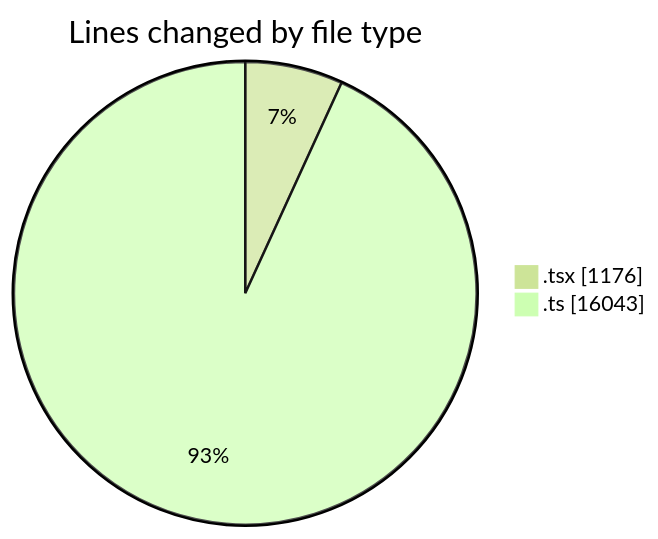
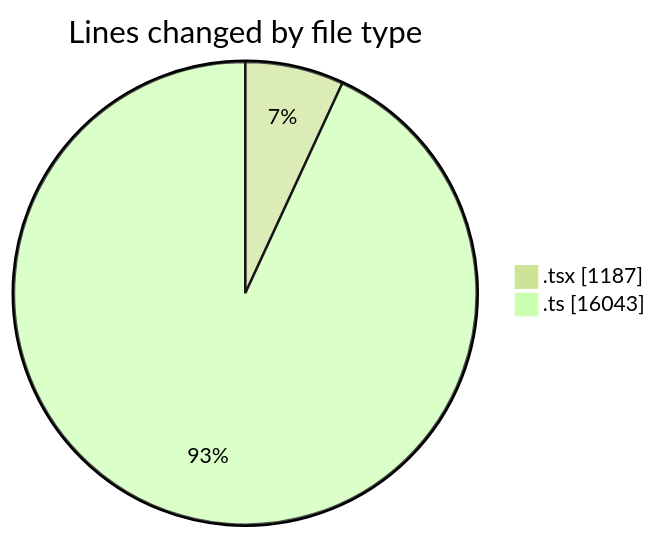
One commit to momahboobian/code-tracking changed the first of 2 diagrams in 2025-07-07/cda/README.md. Above: the diagram before and after it, drawn with Mermaid (forest theme). The commit also changed other lines of this file and 1 other file, not shown here.

````diff
--- a/2025-07-07/cda/README.md
+++ b/2025-07-07/cda/README.md
@@ -25,6 +25,6 @@
 ```mermaid
 pie showData
 title Lines changed by file type
-".tsx" : 1176
+".tsx" : 1187
 ".ts" : 16043
 ```
````
